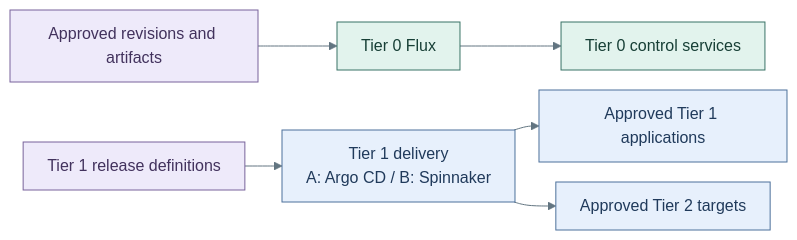
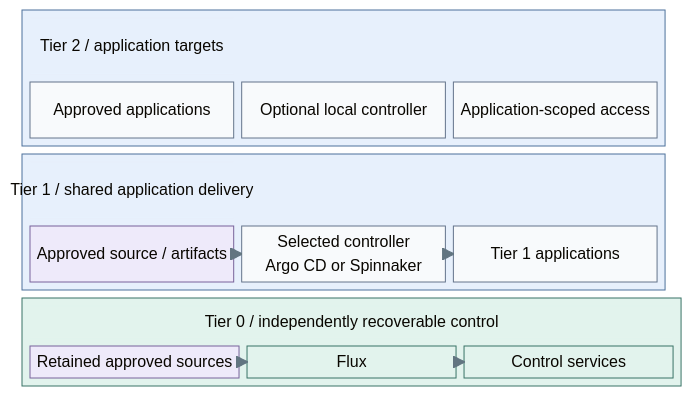
Before and after one commit to Rexus/homelab: the diagram in docs/architecture/delivery/controllers.md, drawn with Mermaid. The commit also changed 22 other files, not shown here.

Commit message:
docs(diagrams): clarify tier boundaries and deployment layouts

````diff
--- a/docs/architecture/delivery/controllers.md
+++ b/docs/architecture/delivery/controllers.md
@@ -31,16 +31,41 @@
 ```mermaid
 %%{init: {"theme":"base","flowchart":{"nodeSpacing":20,"rankSpacing":24,"padding":12,"subGraphTitleMargin":{"top":4,"bottom":12}},"themeVariables":{"lineColor":"#627581","edgeLabelBackground":"#f8fafc"}}}%%
-flowchart LR
-  Approved["Approved revisions and artifacts"] --> F["Tier 0 Flux"]
-  F --> Control["Tier 0 control services"]
-  Release["Tier 1 release definitions"] --> D["Tier 1 delivery<br/>A: Argo CD / B: Spinnaker"]
-  D --> Platform["Approved Tier 1 applications"]
-  D --> Workload["Approved Tier 2 targets"]
+block-beta
+  columns 1
+  block:T2
+    columns 3
+    T2Title["Tier 2 / application targets"]:3
+    Workload["Approved applications"]
+    Local["Optional local controller"]
+    Scope["Application-scoped access"]
+  end
+  block:T1
+    columns 3
+    T1Title["Tier 1 / shared application delivery"]:3
+    Release["Approved source / artifacts"]
+    D["Selected controller<br/>Argo CD or Spinnaker"]
+    Platform["Tier 1 applications"]
+  end
+  block:T0
+    columns 3
+    T0Title["Tier 0 / independently recoverable control"]:3
+    Approved["Retained approved sources"]
+    F["Flux"]
+    Control["Control services"]
+  end
+  Release --> D
+  D --> Platform
+  Approved --> F
+  F --> Control
   classDef default fill:#f8fafc,stroke:#64748b,color:#1f2937
+  classDef services fill:#e7f0fc,stroke:#4d719b,color:#203a5b
+  classDef servicesHeading fill:#e7f0fc,stroke:#e7f0fc,color:#203a5b
+  classDef control fill:#e2f3ed,stroke:#397366,color:#173f36
+  classDef controlHeading fill:#e2f3ed,stroke:#e2f3ed,color:#173f36
   classDef data fill:#eeeafa,stroke:#78639b,color:#42325d
-  classDef control fill:#e2f3ed,stroke:#397366,color:#173f36
-  classDef services fill:#e7f0fc,stroke:#4d719b,color:#203a5b
-  class Approved,Release data
-  class F,Control control
-  class D,Platform,Workload services
+  class T2,T1 services
+  class T2Title,T1Title servicesHeading
+  class T0,F,Control control
+  class T0Title controlHeading
+  class Release,Approved data
 ```
````
